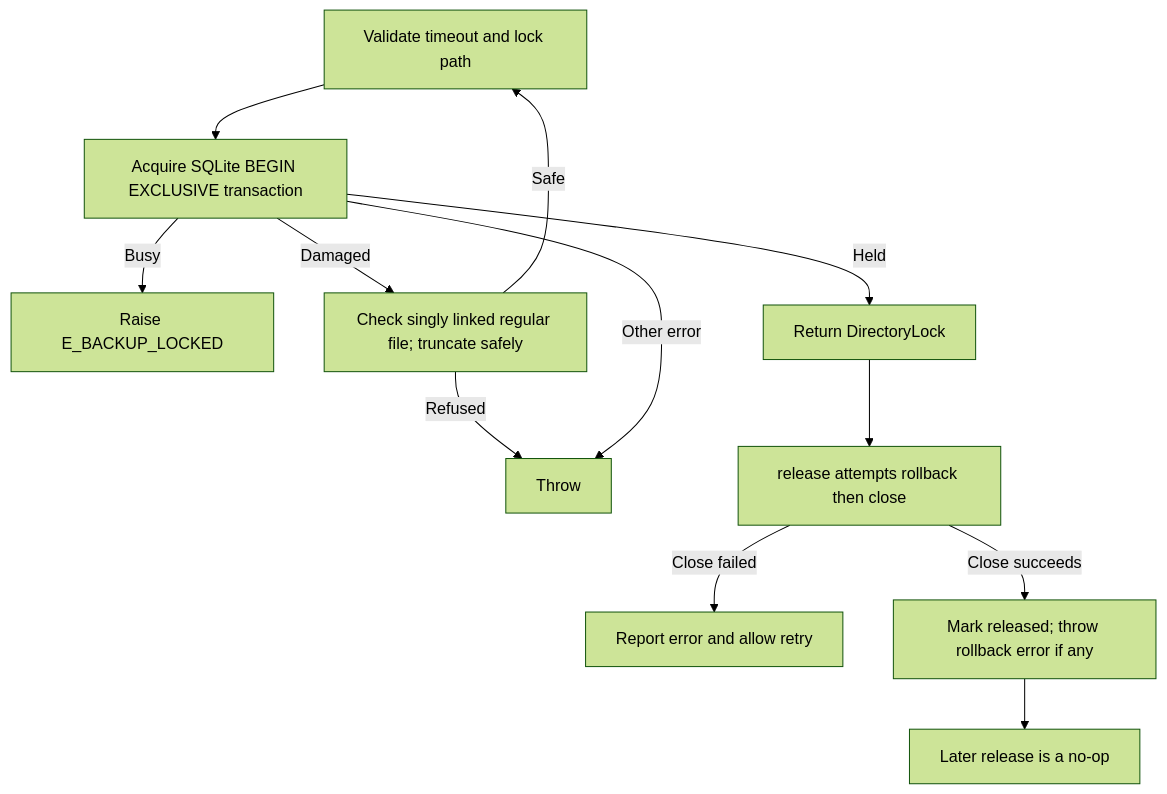
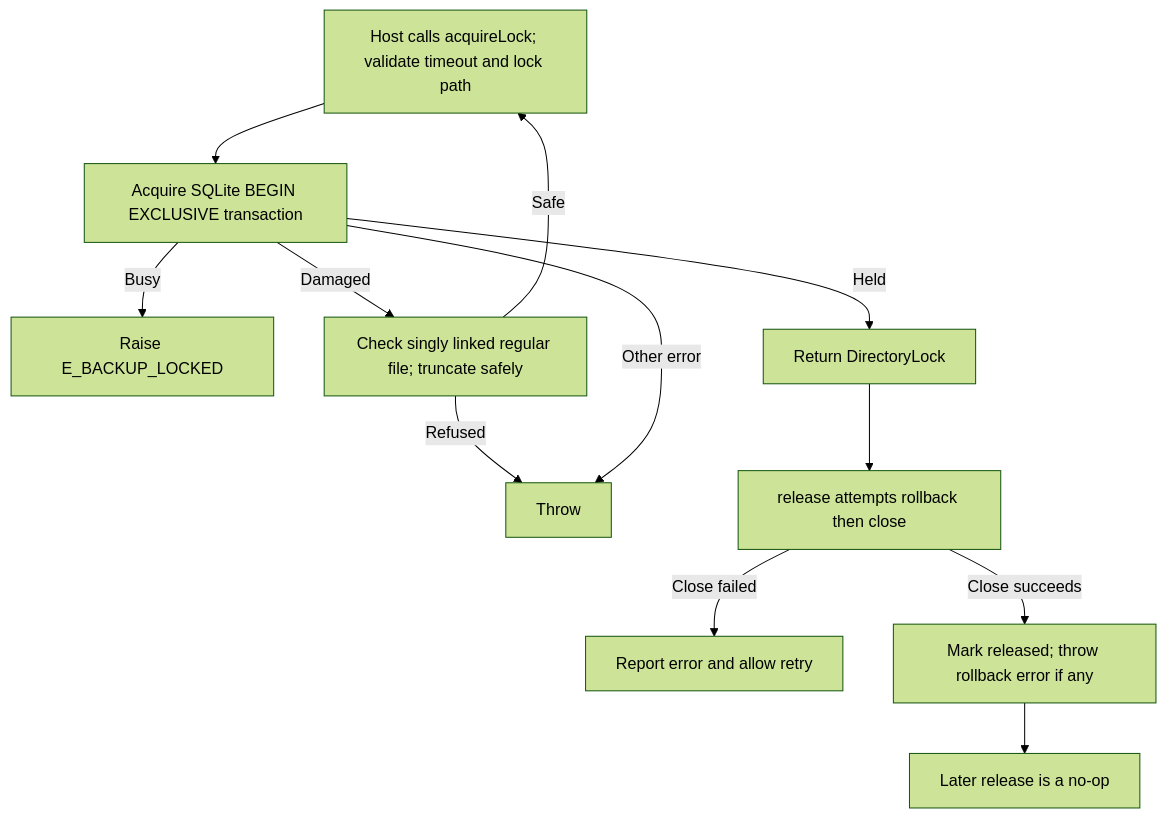
One commit to Kevinjohn/oss-adonisjs-sqlite-backup changed the second of 2 diagrams in user-stories/integration/us-int-02-archive-lock.md. Above: the diagram before and after it, drawn with Mermaid (forest theme). The commit also changed 13 other files, not shown here.

````diff
--- a/user-stories/integration/us-int-02-archive-lock.md
+++ b/user-stories/integration/us-int-02-archive-lock.md
@@ -31,14 +31,14 @@
 ```mermaid
 flowchart TD
-    A["Validate timeout and lock path"] --> B["Acquire SQLite BEGIN EXCLUSIVE transaction"]
+    A["Host calls acquireLock; validate timeout and lock path"] --> B["Acquire SQLite BEGIN EXCLUSIVE transaction"]
     B -->|Busy| C["Raise E_BACKUP_LOCKED"]
     B -->|Damaged| G["Check singly linked regular file; truncate safely"]
     G -->|Safe| A
     G -->|Refused| H["Throw"]
     B -->|Other error| H
     B -->|Held| D["Return DirectoryLock"]
     D --> E["release attempts rollback then close"]
     E -->|Close failed| F["Report error and allow retry"]
     E -->|Close succeeds| I["Mark released; throw rollback error if any"]
     I --> J["Later release is a no-op"]
 ```
````
